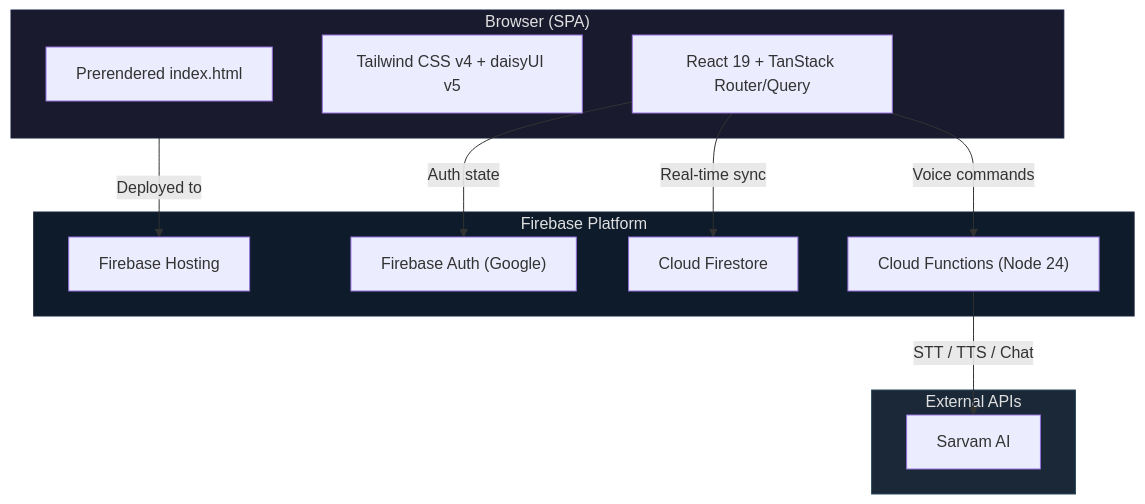
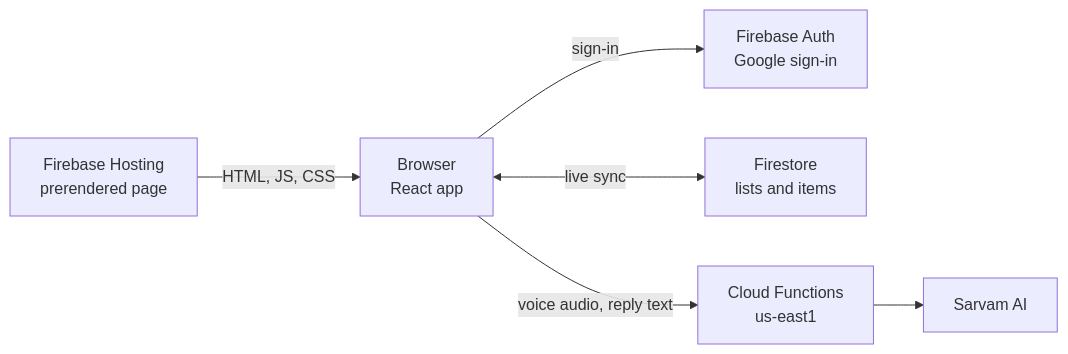
The first of 3 diagrams in README.md (nsudhanva/shopping), drawn with Mermaid before and after one commit. The commit also changed other lines of this file, not shown here.

````diff
--- a/README.md
+++ b/README.md
@@ -27,29 +27,15 @@
 ```mermaid
-graph TB
-    subgraph Client["Browser (SPA)"]
-        HTML["Prerendered index.html"]
-        CSS["Tailwind CSS v4 + daisyUI v5"]
-        TS["React 19 + TanStack Router/Query"]
-    end
+flowchart LR
+    Hosting["Firebase Hosting<br/>prerendered page"]
+    Browser["Browser<br/>React app"]
+    Auth["Firebase Auth<br/>Google sign-in"]
+    Firestore["Firestore<br/>lists and items"]
+    Functions["Cloud Functions<br/>us-east1"]
+    Sarvam["Sarvam AI"]
 
-    subgraph Firebase["Firebase Platform"]
-        Hosting["Firebase Hosting"]
-        Auth["Firebase Auth (Google)"]
-        Firestore["Cloud Firestore"]
-        Functions["Cloud Functions (Node 24)"]
-    end
-
-    subgraph External["External APIs"]
-        Sarvam["Sarvam AI"]
-    end
-
-    Client -->|Deployed to| Hosting
-    TS -->|Auth state| Auth
-    TS -->|Real-time sync| Firestore
-    TS -->|Voice commands| Functions
-    Functions -->|STT / TTS / Chat| Sarvam
-
-    style Client fill:#1a1a2e,stroke:#16213e,color:#e0e0e0
-    style Firebase fill:#0d1b2a,stroke:#1b263b,color:#e0e0e0
-    style External fill:#1b2838,stroke:#2a4858,color:#e0e0e0
+    Hosting -->|HTML, JS, CSS| Browser
+    Browser -->|sign-in| Auth
+    Browser <-->|live sync| Firestore
+    Browser -->|voice audio, reply text| Functions
+    Functions --> Sarvam
 ```
````
